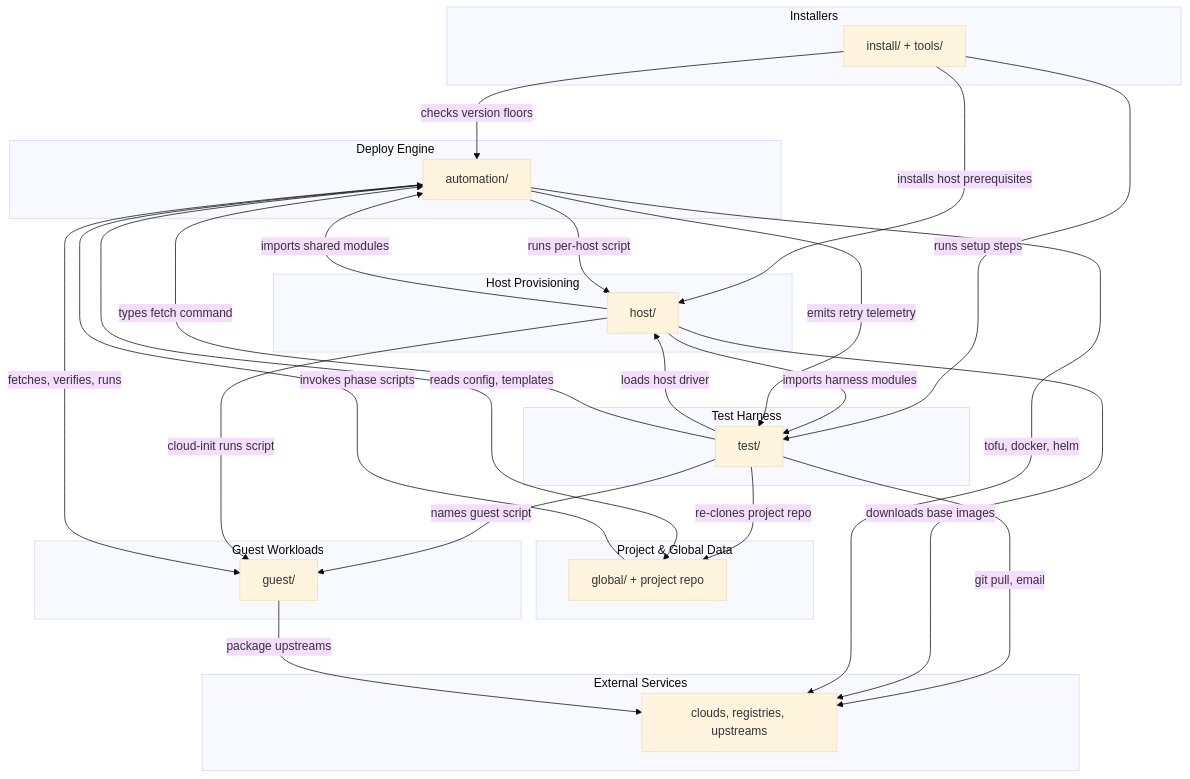
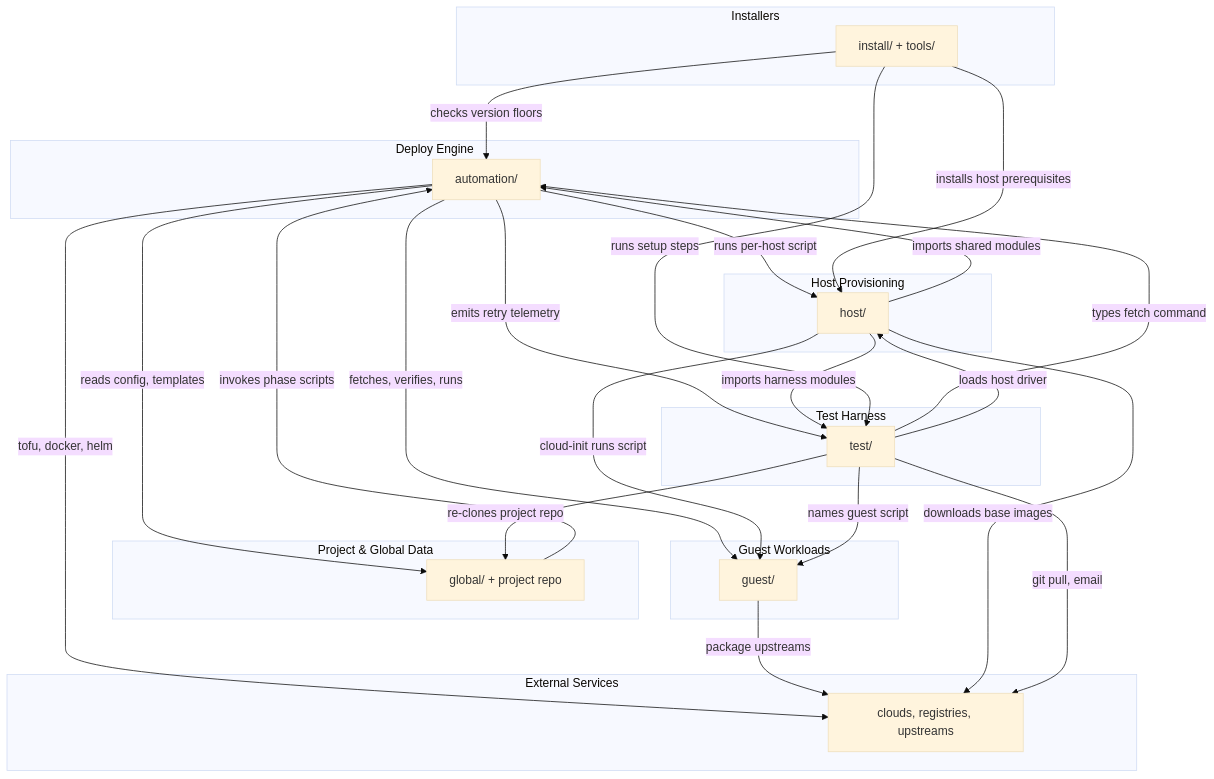
One commit to alissonsol/yuruna changed the diagram in docs/design/01-context-and-components.md. Above: the diagram before and after it, drawn with Mermaid (base theme). The commit also changed other lines of this file and 752 other files, not shown here.

````diff
--- a/docs/design/01-context-and-components.md
+++ b/docs/design/01-context-and-components.md
@@ -42,44 +40,44 @@
 ```mermaid
 flowchart TD
   subgraph deploy-engine["Deploy Engine"]
     automation["automation/"]
   end
   subgraph project-data["Project & Global Data"]
-    project-trees["global/ + project repo"]
+    global-project["global/ + project repo"]
   end
   subgraph guest-workloads["Guest Workloads"]
-    guest-scripts["guest/"]
+    guest["guest/"]
   end
   subgraph host-provisioning["Host Provisioning"]
-    host-drivers["host/"]
+    host["host/"]
   end
   subgraph installers["Installers"]
     install-tools["install/ + tools/"]
   end
   subgraph test-harness["Test Harness"]
-    test-tree["test/"]
+    test["test/"]
   end
   subgraph external-services["External Services"]
     external-endpoints["clouds, registries, upstreams"]
   end
 
-  install-tools -->|"installs host prerequisites"| host-drivers
-  install-tools -->|"runs setup steps"| test-tree
+  automation -->|"reads config, templates"| global-project
+  automation -->|"fetches, verifies, runs"| guest
+  automation -->|"runs per-host script"| host
+  automation -->|"emits retry telemetry"| test
+  automation -->|"tofu, docker, helm"| external-endpoints
+  global-project -->|"invokes phase scripts"| automation
+  guest -->|"package upstreams"| external-endpoints
+  host -->|"imports shared modules"| automation
+  host -->|"cloud-init runs script"| guest
+  host -->|"imports harness modules"| test
+  host -->|"downloads base images"| external-endpoints
   install-tools -->|"checks version floors"| automation
-  test-tree -->|"loads host driver"| host-drivers
-  test-tree -->|"re-clones project repo"| project-trees
-  test-tree -->|"types fetch command"| automation
-  test-tree -->|"names guest script"| guest-scripts
-  test-tree -->|"git pull, email"| external-endpoints
-  host-drivers -->|"imports shared modules"| automation
-  host-drivers -->|"imports harness modules"| test-tree
-  host-drivers -->|"cloud-init runs script"| guest-scripts
-  host-drivers -->|"downloads base images"| external-endpoints
-  automation -->|"fetches, verifies, runs"| guest-scripts
-  automation -->|"runs per-host script"| host-drivers
-  automation -->|"emits retry telemetry"| test-tree
-  automation -->|"reads config, templates"| project-trees
-  project-trees -->|"invokes phase scripts"| automation
-  automation -->|"tofu, docker, helm"| external-endpoints
-  guest-scripts -->|"package upstreams"| external-endpoints
+  install-tools -->|"installs host prerequisites"| host
+  install-tools -->|"runs setup steps"| test
+  test -->|"types fetch command"| automation
+  test -->|"re-clones project repo"| global-project
+  test -->|"names guest script"| guest
+  test -->|"loads host driver"| host
+  test -->|"git pull, email"| external-endpoints
 ```
````
